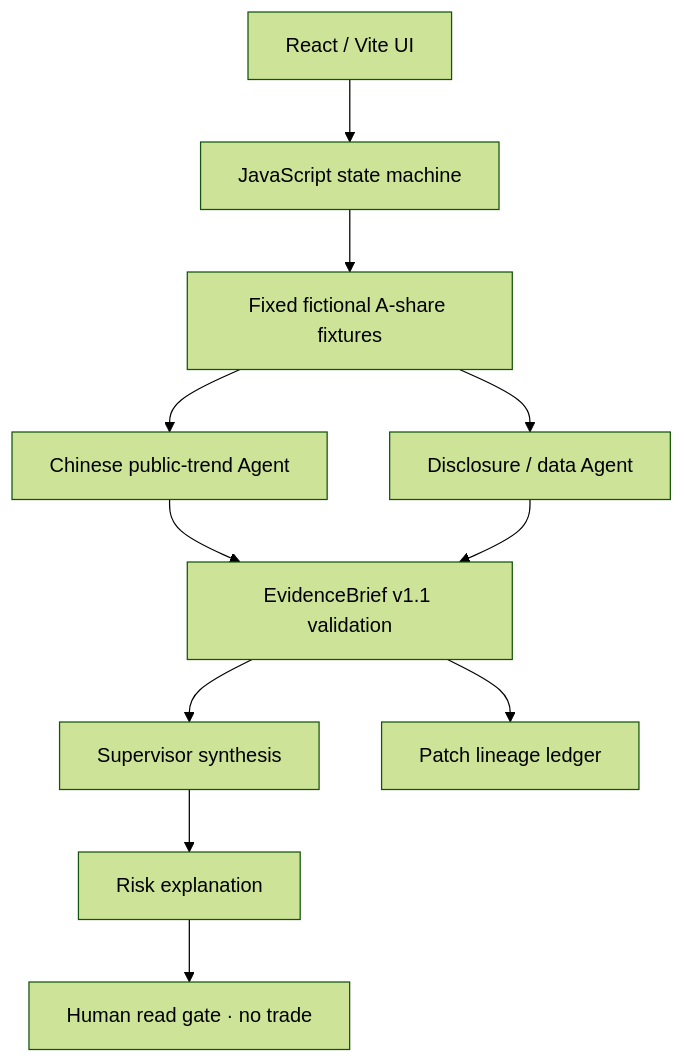
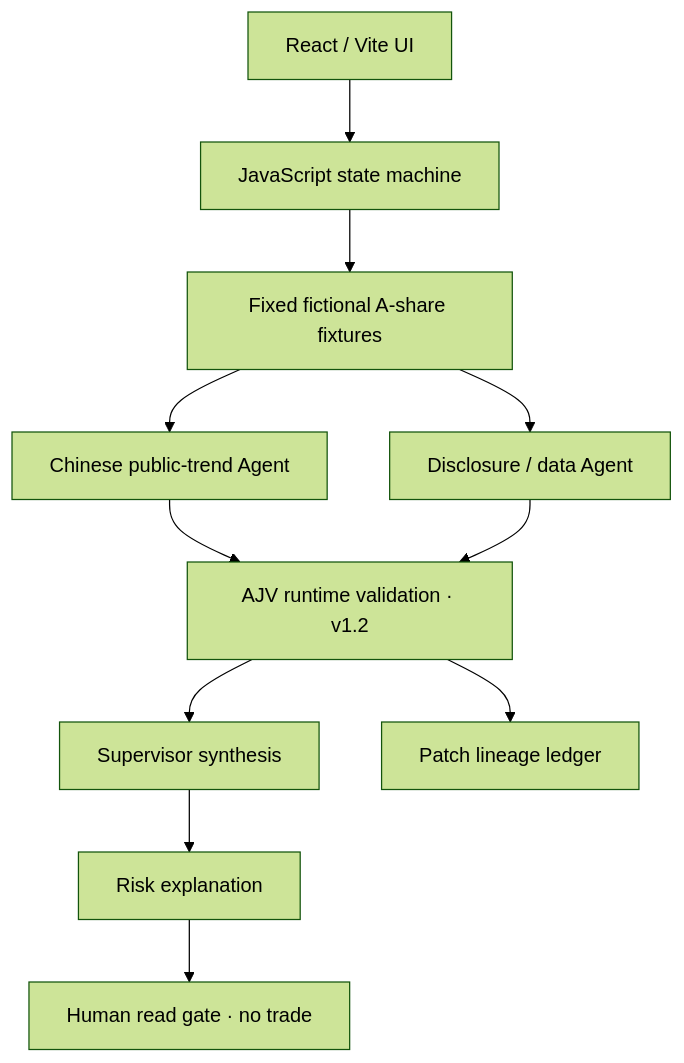
One commit to mungbean138516-jpg/orglab-sentinel changed the first of 3 diagrams in docs/ARCHITECTURE.md. Above: the diagram before and after it, drawn with Mermaid (forest theme). The commit also changed other lines of this file and 26 other files, not shown here.

Commit message:
feat: enforce runtime evidence contracts v0.4

````diff
--- a/docs/ARCHITECTURE.md
+++ b/docs/ARCHITECTURE.md
@@ -13,13 +13,13 @@
 ```mermaid
 flowchart TD
     UI["React / Vite UI"] --> SM["JavaScript state machine"]
     SM --> F["Fixed fictional A-share fixtures"]
     F --> N["Chinese public-trend Agent"]
     F --> D["Disclosure / data Agent"]
-    N --> C["EvidenceBrief v1.1 validation"]
+    N --> C["AJV runtime validation · v1.2"]
     D --> C
     C --> S["Supervisor synthesis"]
     S --> R["Risk explanation"]
     R --> H["Human read gate · no trade"]
     C --> P["Patch lineage ledger"]
 ```
````
